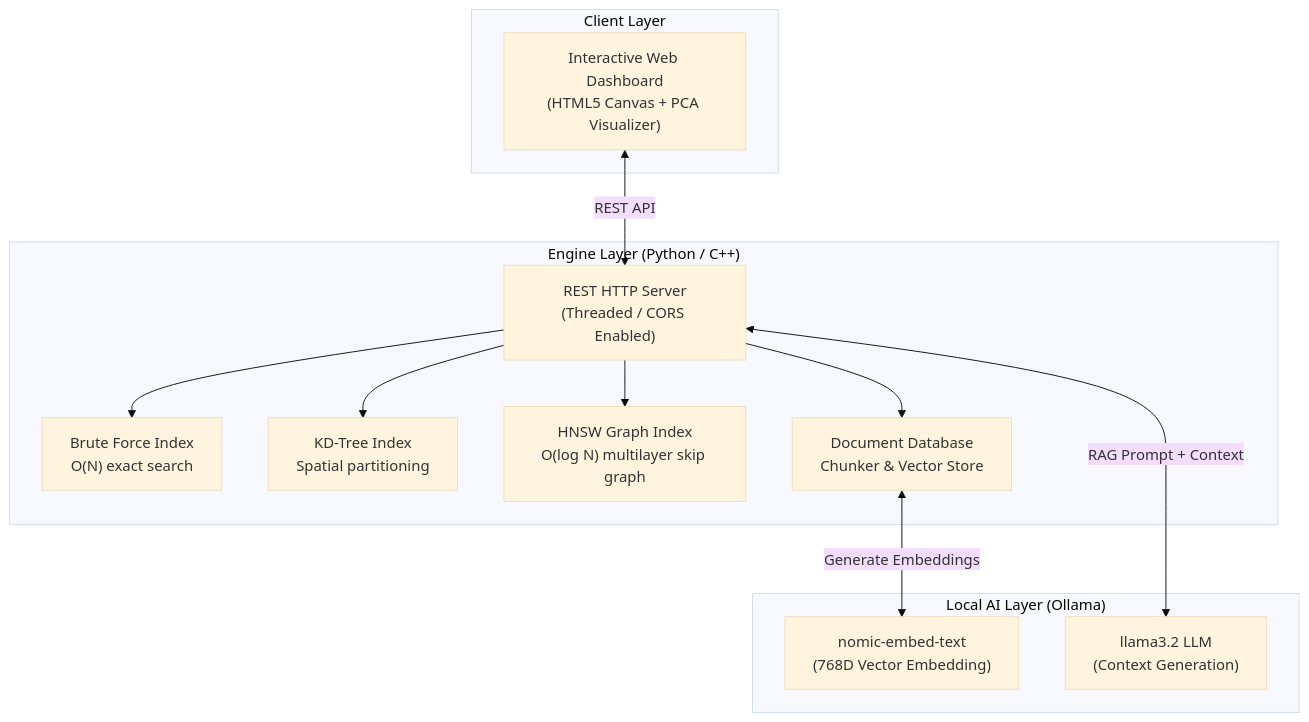
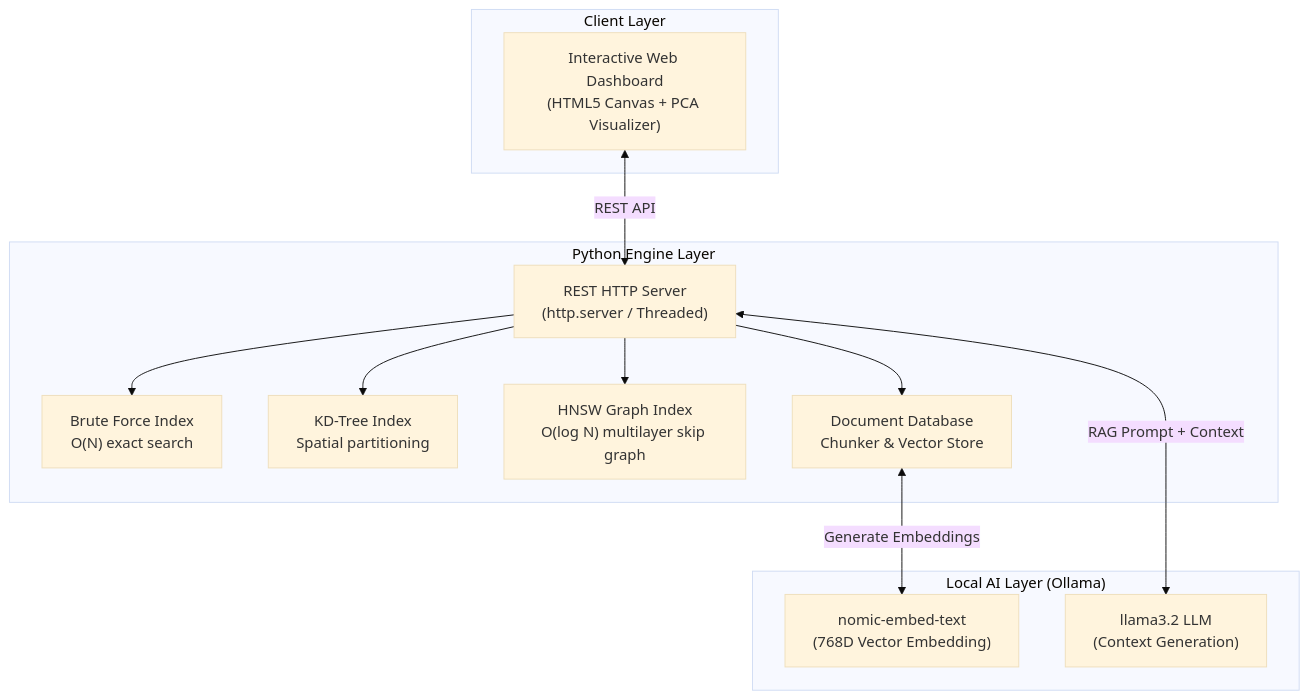
Before and after one commit to the-raja/ai-map: the diagram in README.md, drawn with Mermaid (base theme). The commit also changed other lines of this file and 3 other files, not shown here.

````diff
--- a/README.md
+++ b/README.md
@@ -28,24 +46,24 @@
 ```mermaid
 flowchart TD
     subgraph Client ["Client Layer"]
         UI["Interactive Web Dashboard\n(HTML5 Canvas + PCA Visualizer)"]
     end
 
-    subgraph Server ["Engine Layer (Python / C++)"]
-        API["REST HTTP Server\n(Threaded / CORS Enabled)"]
+    subgraph Server ["Python Engine Layer"]
+        API["REST HTTP Server\n(http.server / Threaded)"]
         BF["Brute Force Index\nO(N) exact search"]
         KDT["KD-Tree Index\nSpatial partitioning"]
         HNSW["HNSW Graph Index\nO(log N) multilayer skip graph"]
         DocDB["Document Database\nChunker & Vector Store"]
     end
 
     subgraph LLM ["Local AI Layer (Ollama)"]
         EMB["nomic-embed-text\n(768D Vector Embedding)"]
         GEN["llama3.2 LLM\n(Context Generation)"]
     end
 
     UI <-->|REST API| API
     API --> BF & KDT & HNSW & DocDB
     DocDB <-->|Generate Embeddings| EMB
     API <-->|RAG Prompt + Context| GEN
 ```
````
